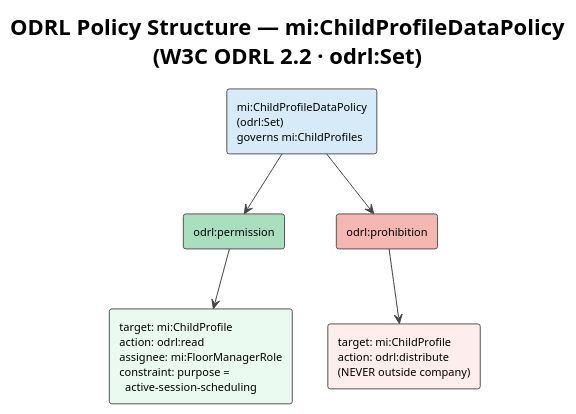
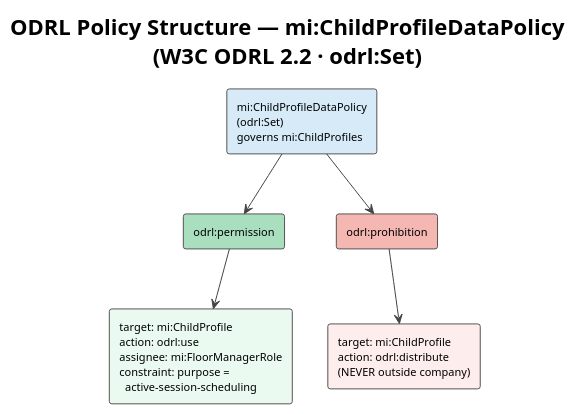
The second of 2 diagrams in docs/14-data-governance.md (gazzwi86/monsters-inc), drawn with PlantUML before and after one commit. The commit also changed other lines of this file and 43 other files, not shown here.

````diff
--- a/docs/14-data-governance.md
+++ b/docs/14-data-governance.md
@@ -117,26 +117,26 @@
 ```plantuml
 @startuml MI-ODRL-Policy-Structure
 !theme plain
 skinparam backgroundColor #FFFFFF
 skinparam defaultFontName Helvetica
 skinparam defaultFontSize 11
 skinparam ArrowColor #444444
 skinparam rectangleBorderColor #555555
 
 title ODRL Policy Structure — mi:ChildProfileDataPolicy\n(W3C ODRL 2.2 · odrl:Set)
 
 rectangle "mi:ChildProfileDataPolicy\n(odrl:Set)\ngoverns mi:ChildProfiles" as POL #D6EAF8
 
 rectangle "odrl:permission" as PERM #A9DFBF
 rectangle "odrl:prohibition" as PROH #F5B7B1
 
-rectangle "target: mi:ChildProfile\naction: odrl:read\nassignee: mi:FloorManagerRole\nconstraint: purpose =\n  active-session-scheduling" as PR #EAFAF1
+rectangle "target: mi:ChildProfile\naction: odrl:use\nassignee: mi:FloorManagerRole\nconstraint: purpose =\n  active-session-scheduling" as PR #EAFAF1
 rectangle "target: mi:ChildProfile\naction: odrl:distribute\n(NEVER outside company)" as PD #FDEDEC
 
 POL -down-> PERM
 POL -down-> PROH
 PERM -down-> PR
 PROH -down-> PD
 
 @enduml
 ```
````
